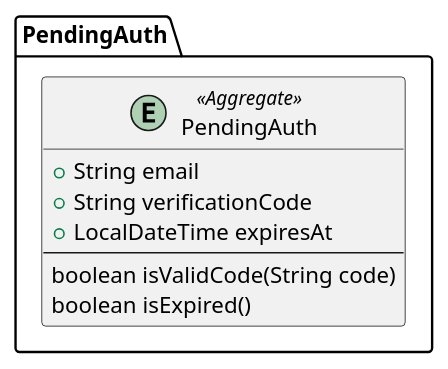
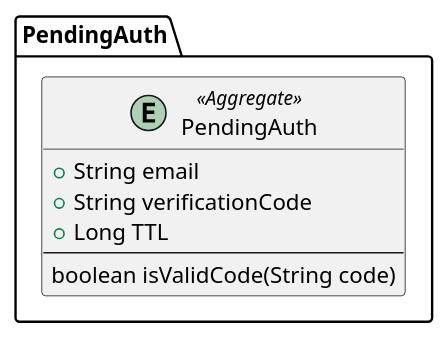
Before and after one commit to SimpleBoardTeam/simpleBoard-server: the diagram in document/puml/domain/authcontext/pendingAuthAggregate.puml, drawn with PlantUML.

Commit message:
docs(diagram): 이메일 인증용 pengAuth aggregate 추가

```diff
--- a/document/puml/domain/authcontext/pendingAuthAggregate.puml
+++ b/document/puml/domain/authcontext/pendingAuthAggregate.puml
@@ -1,12 +1,11 @@
 @startuml
 package "PendingAuth" {
   entity PendingAuth <<Aggregate>> {
     + String email
     + String verificationCode
-    + LocalDateTime expiresAt
+    + Long TTL
     --
     boolean isValidCode(String code)
-    boolean isExpired()
   }
 }
 @enduml
```
